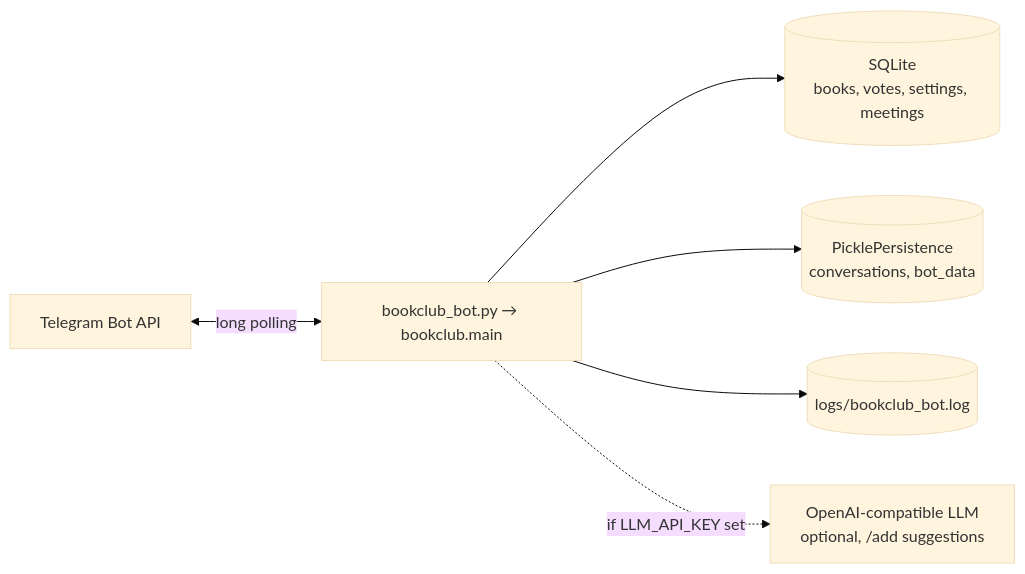
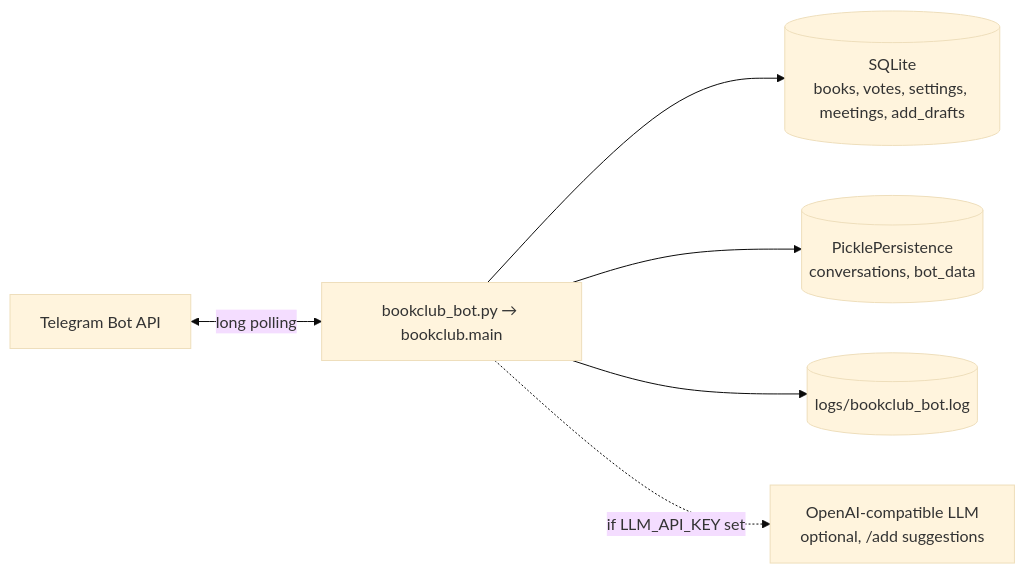
The first of 4 diagrams in docs/architecture.md (antmaxi/book-club-bot), drawn with Mermaid (base theme) before and after one commit. The commit also changed other lines of this file and 10 other files, not shown here.

````diff
--- a/docs/architecture.md
+++ b/docs/architecture.md
@@ -9,15 +9,15 @@
 ```mermaid
 flowchart LR
   TG[Telegram Bot API]
   BOT["bookclub_bot.py → bookclub.main"]
-  SQ[(SQLite<br/>books, votes, settings, meetings)]
+  SQ[(SQLite<br/>books, votes, settings, meetings, add_drafts)]
   PK[(PicklePersistence<br/>conversations, bot_data)]
   LOG[(logs/bookclub_bot.log)]
   LLM[OpenAI-compatible LLM<br/>optional, /add suggestions]
 
   TG <-->|long polling| BOT
   BOT --> SQ
   BOT --> PK
   BOT --> LOG
   BOT -.->|if LLM_API_KEY set| LLM
 ```
````
